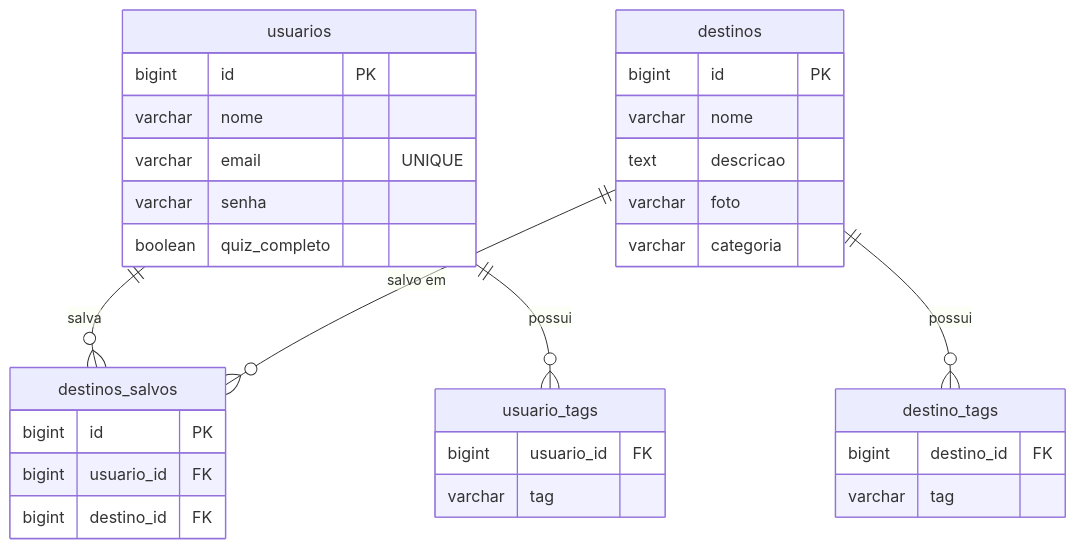
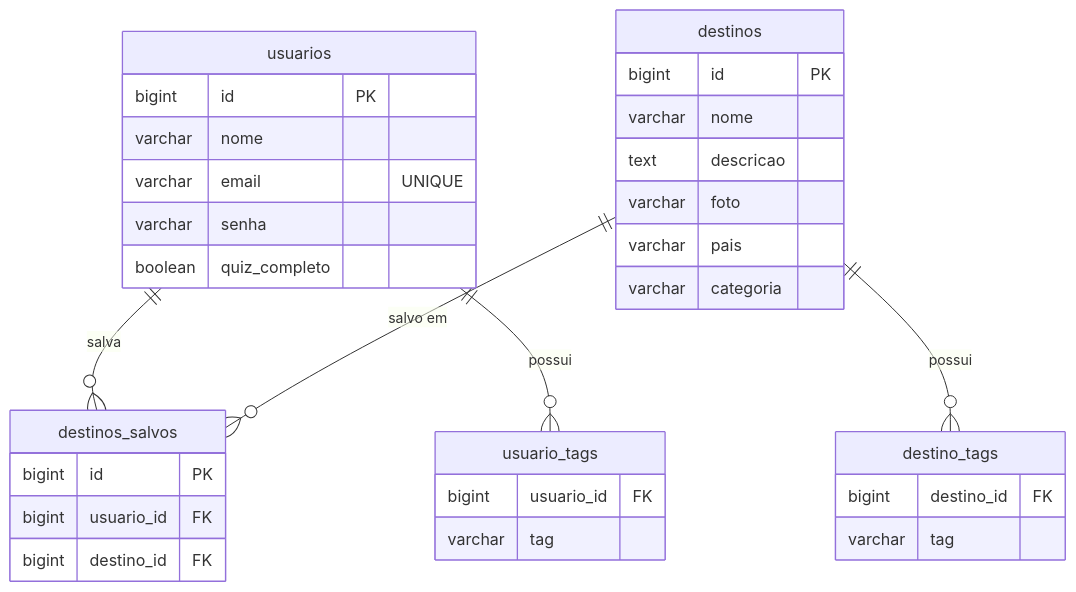
Before and after one commit to ENG-SOFT-SMART-TOUR/trips-signature: the second of 5 diagrams in README.md, drawn with Mermaid. The commit also changed other lines of this file and 116 other files, not shown here.

````diff
--- a/README.md
+++ b/README.md
@@ -54,39 +69,40 @@
 ```mermaid
 erDiagram
     usuarios {
         bigint id PK
         varchar nome
         varchar email "UNIQUE"
         varchar senha
         boolean quiz_completo
     }
 
     destinos {
         bigint id PK
         varchar nome
         text descricao
         varchar foto
+        varchar pais
         varchar categoria
     }
 
     destinos_salvos {
         bigint id PK
         bigint usuario_id FK
         bigint destino_id FK
     }
 
     usuario_tags {
         bigint usuario_id FK
         varchar tag
     }
 
     destino_tags {
         bigint destino_id FK
         varchar tag
     }
 
     usuarios ||--o{ destinos_salvos : "salva"
     destinos ||--o{ destinos_salvos : "salvo em"
     usuarios ||--o{ usuario_tags : "possui"
     destinos ||--o{ destino_tags : "possui"
 ```
````
